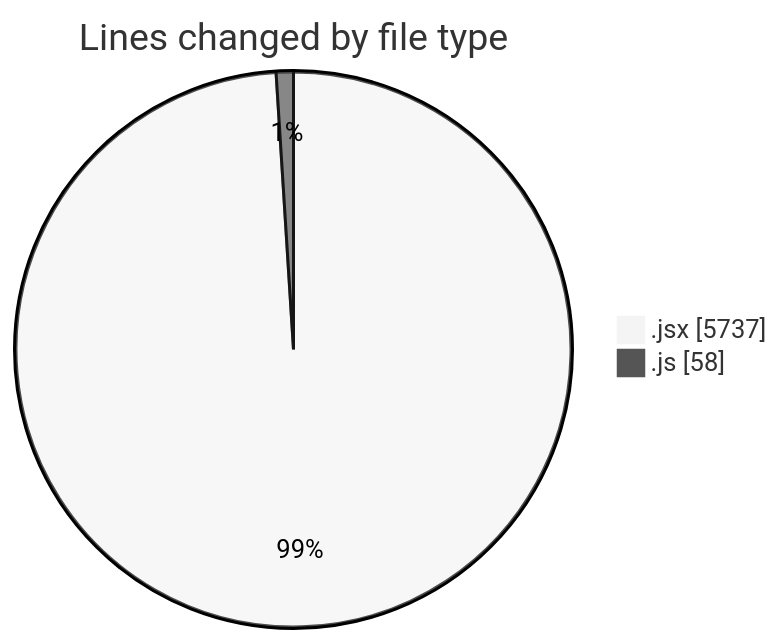
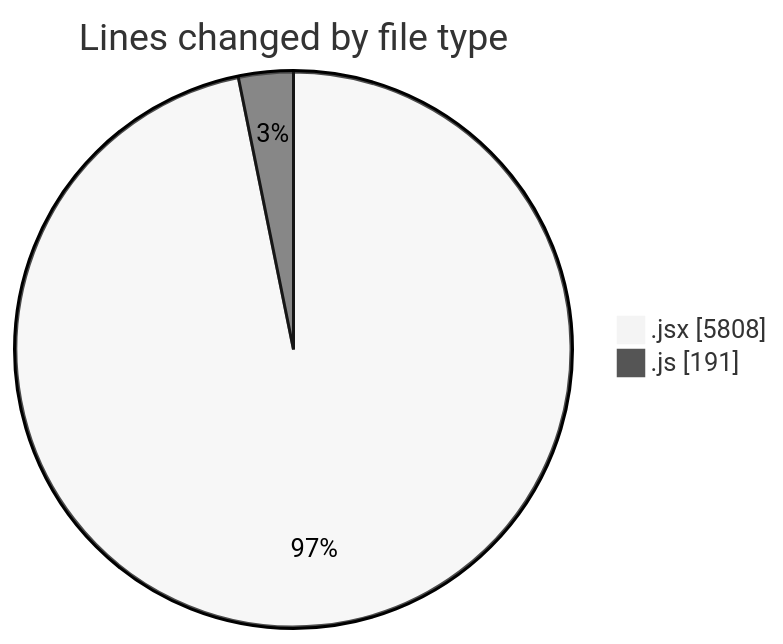
The first of 2 diagrams in 2025-06-25/nxtqube_webapp/README.md (nxtqubesakshisongat/code-tracking), drawn with Mermaid (neutral theme) before and after one commit. The commit also changed other lines of this file and 1 other file, not shown here.

````diff
--- a/2025-06-25/nxtqube_webapp/README.md
+++ b/2025-06-25/nxtqube_webapp/README.md
@@ -24,6 +25,6 @@
 ```mermaid
 pie showData
 title Lines changed by file type
-".jsx" : 5737
-".js" : 58
+".jsx" : 5808
+".js" : 191
 ```
````
